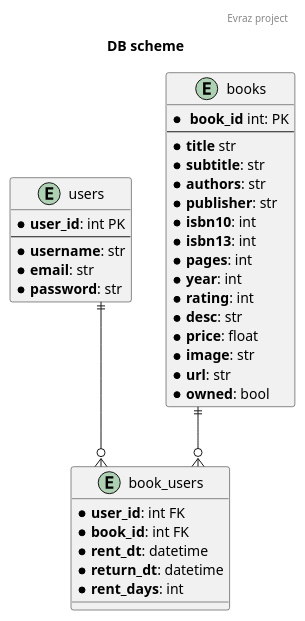
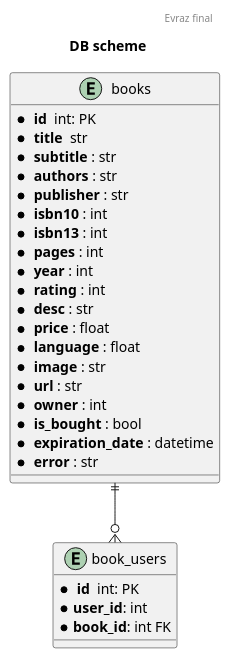
Before and after one commit to Atmostone/EvrazFinal: the diagram in docs/books_db_scheme.puml, drawn with PlantUML. The commit also changed 33 other files, not shown here.

```diff
--- a/docs/books_db_scheme.puml
+++ b/docs/books_db_scheme.puml
@@ -1,51 +1,38 @@
 @startuml
-header Evraz project
+header Evraz final
 title DB scheme
 
 skinparam linetype ortho
 
 
-'LEGEND:
-'* - mandatory
-'before -- - identifying
-'** - for better reading
-
-entity users{
-    * **user_id**: int PK
-    --
-    * **username**: str
-    * **email**: str
-    * **password**: str
-}
-
 entity books{
-    * ** book_id** int: PK
-    --
-    * **title** str
-    * **subtitle**: str
-    * **authors**: str
-    * **publisher**: str
-    * **isbn10**: int
-    * **isbn13**: int
-    * **pages**: int
-    * **year**: int
-    * **rating**: int
-    * **desc**: str
-    * **price**: float
-    * **image**: str
-    * **url**: str
-    * **owned**: bool
+    * ** id ** int: PK
+    * ** title ** str
+    * ** subtitle **: str
+    * ** authors **: str
+    * ** publisher **: str
+    * ** isbn10 **: int
+    * ** isbn13 **: int
+    * ** pages **: int
+    * ** year **: int
+    * ** rating **: int
+    * ** desc **: str
+    * ** price **: float
+    * ** language **: float
+    * ** image **: str
+    * ** url **: str
+    * ** owner **: int
+    * ** is_bought **: bool
+    * ** expiration_date **: datetime
+    * ** error **: str
 }
 
 entity book_users{
-    * **user_id**: int FK
+    * ** id ** int: PK
+    * **user_id**: int
     * **book_id**: int FK
-    * **rent_dt**: datetime
-    * **return_dt**: datetime
-    * **rent_days**: int
 }
 
-users ||--o{ book_users
 books ||--o{ book_users
 
 @enduml
```
